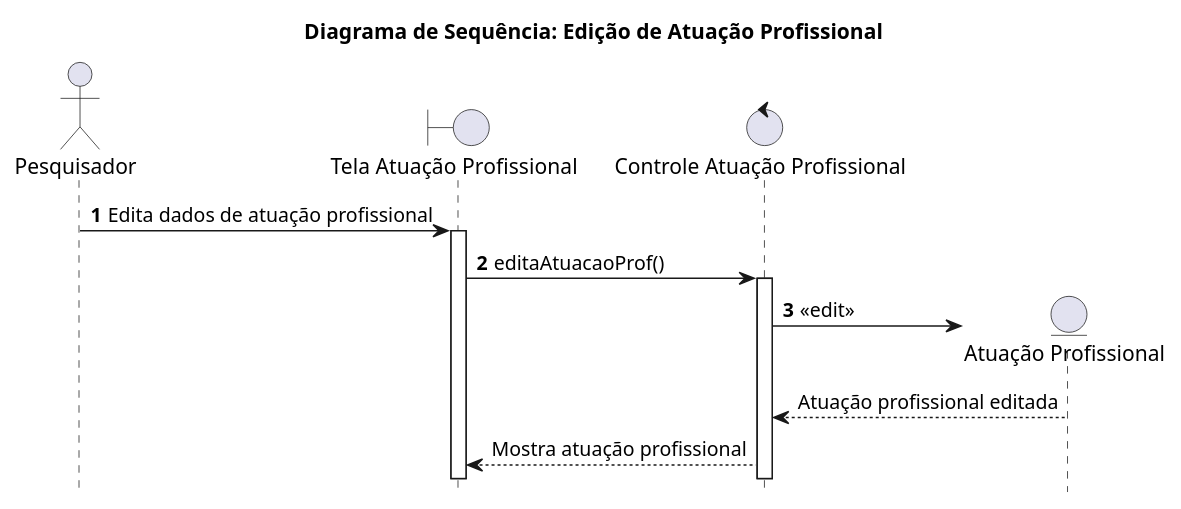
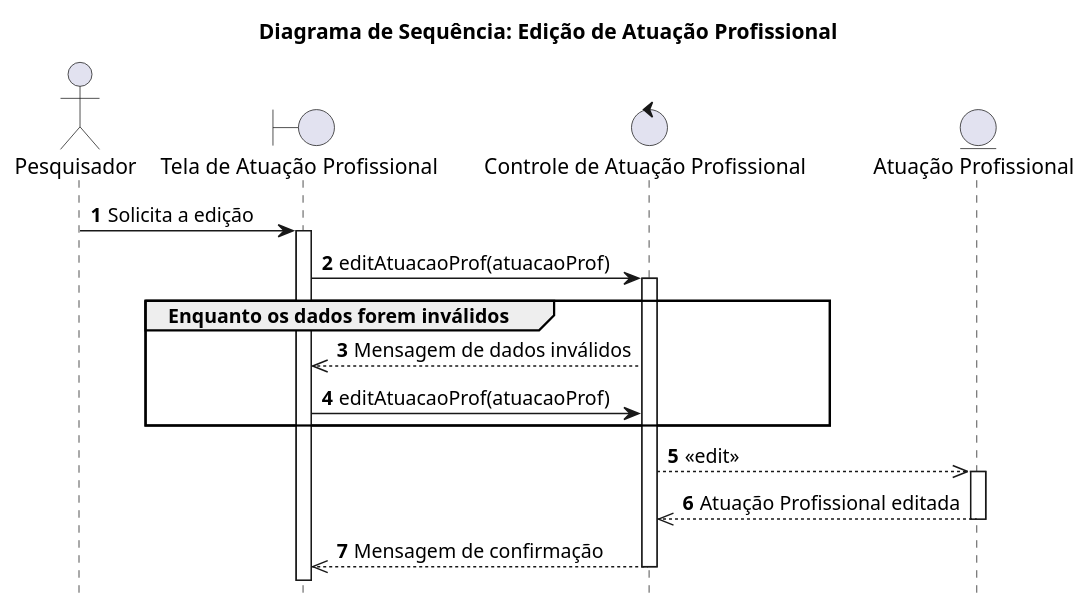
The diagram in Diagramas/Atuação Profissional/diagSeqEditAtuacaoProf.wsd (WellingtonFelipeLS/Lattes-Simplificado), drawn with PlantUML before and after one commit. The commit also changed 19 other files, not shown here.

Commit message:
Patronização dos diagramas.

```diff
--- a/Diagramas/Atuação Profissional/diagSeqEditAtuacaoProf.wsd
+++ b/Diagramas/Atuação Profissional/diagSeqEditAtuacaoProf.wsd
@@ -1,20 +1,25 @@
 @startuml diagramaSeq
 
     title "Diagrama de Sequência: Edição de Atuação Profissional"
     hide footbox
 
     actor Pesquisador as pesq 
-    boundary "Tela Atuação Profissional" as uiAProf
-    control "Controle Atuação Profissional" as contAProf
+    boundary "Tela de Atuação Profissional" as uiAProf
+    control "Controle de Atuação Profissional" as contAProf
     entity "Atuação Profissional" as AProf
 
     autonumber
-    pesq -> uiAProf ++: Edita dados de atuação profissional
-    uiAProf -> contAProf ++: editaAtuacaoProf()
-    contAProf -> AProf **: <<edit>>
-    autonumber stop
+    pesq -> uiAProf ++: Solicita a edição
+    uiAProf -> contAProf ++: editAtuacaoProf(atuacaoProf)
 
-    AProf --> contAProf : Atuação profissional editada
-    contAProf --> uiAProf : Mostra atuação profissional
+	group Enquanto os dados forem inválidos
+	contAProf -->> uiAProf: Mensagem de dados inválidos
+	uiAProf -> contAProf: editAtuacaoProf(atuacaoProf)
+	end
+
+    contAProf -->> AProf ++: <<edit>>
+
+    AProf -->> contAProf --: Atuação Profissional editada
+    contAProf -->> uiAProf --: Mensagem de confirmação
 
 @enduml
```
